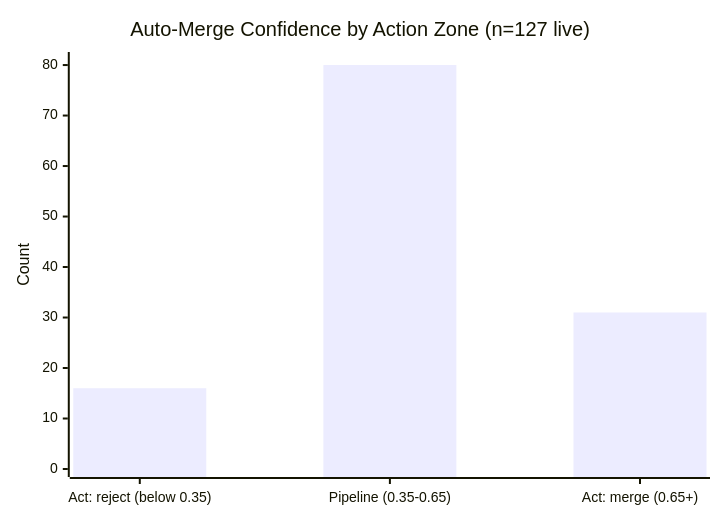
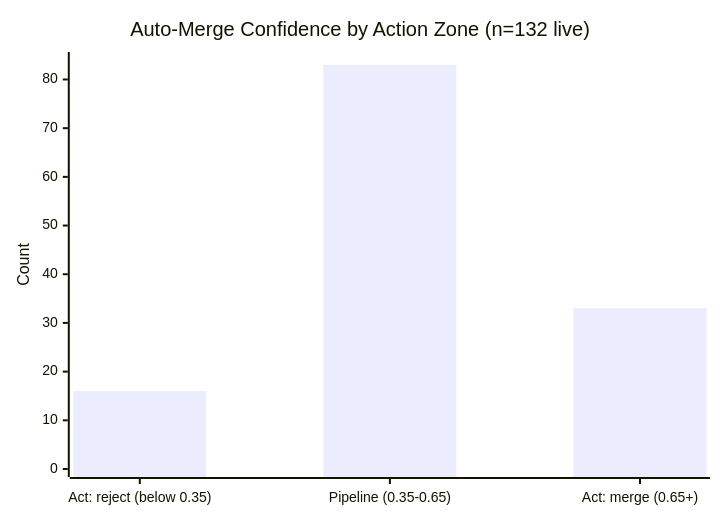
One commit to Sanctum-Origo-Systems/patina changed the second of 4 diagrams in JEV.md. Above: the diagram before and after it, drawn with Mermaid. The commit also changed other lines of this file, not shown here.

````diff
--- a/JEV.md
+++ b/JEV.md
@@ -15,7 +15,7 @@
 ```mermaid
 xychart-beta
-    title "Auto-Merge Confidence by Action Zone (n=127 live)"
+    title "Auto-Merge Confidence by Action Zone (n=132 live)"
     x-axis ["Act: reject (below 0.35)", "Pipeline (0.35-0.65)", "Act: merge (0.65+)"]
-    y-axis "Count" 0 --> 81
-    bar [16, 80, 31]
+    y-axis "Count" 0 --> 84
+    bar [16, 83, 33]
 ```
````
